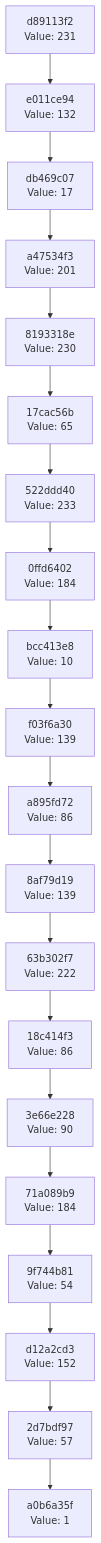
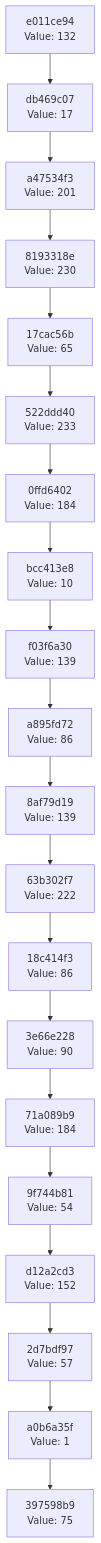
The diagram in docs/CHAIN_VISUALIZATION.md (Abhisheksinha1506/hash-chain-evolver), drawn with Mermaid before and after one commit. The commit also changed 1 other file, not shown here.

Commit message:
Evolution Step

````diff
--- a/docs/CHAIN_VISUALIZATION.md
+++ b/docs/CHAIN_VISUALIZATION.md
@@ -3,42 +3,42 @@
 ```mermaid
 graph TD
-    C0["a0b6a35f<br/>Value: 1"]
-    C1["2d7bdf97<br/>Value: 57"]
+    C0["397598b9<br/>Value: 75"]
+    C1["a0b6a35f<br/>Value: 1"]
     C1 --> C0
-    C2["d12a2cd3<br/>Value: 152"]
+    C2["2d7bdf97<br/>Value: 57"]
     C2 --> C1
-    C3["9f744b81<br/>Value: 54"]
+    C3["d12a2cd3<br/>Value: 152"]
     C3 --> C2
-    C4["71a089b9<br/>Value: 184"]
+    C4["9f744b81<br/>Value: 54"]
     C4 --> C3
-    C5["3e66e228<br/>Value: 90"]
+    C5["71a089b9<br/>Value: 184"]
     C5 --> C4
-    C6["18c414f3<br/>Value: 86"]
+    C6["3e66e228<br/>Value: 90"]
     C6 --> C5
-    C7["63b302f7<br/>Value: 222"]
+    C7["18c414f3<br/>Value: 86"]
     C7 --> C6
-    C8["8af79d19<br/>Value: 139"]
+    C8["63b302f7<br/>Value: 222"]
     C8 --> C7
-    C9["a895fd72<br/>Value: 86"]
+    C9["8af79d19<br/>Value: 139"]
     C9 --> C8
-    C10["f03f6a30<br/>Value: 139"]
+    C10["a895fd72<br/>Value: 86"]
     C10 --> C9
-    C11["bcc413e8<br/>Value: 10"]
+    C11["f03f6a30<br/>Value: 139"]
     C11 --> C10
-    C12["0ffd6402<br/>Value: 184"]
+    C12["bcc413e8<br/>Value: 10"]
     C12 --> C11
-    C13["522ddd40<br/>Value: 233"]
+    C13["0ffd6402<br/>Value: 184"]
     C13 --> C12
-    C14["17cac56b<br/>Value: 65"]
+    C14["522ddd40<br/>Value: 233"]
     C14 --> C13
-    C15["8193318e<br/>Value: 230"]
+    C15["17cac56b<br/>Value: 65"]
     C15 --> C14
-    C16["a47534f3<br/>Value: 201"]
+    C16["8193318e<br/>Value: 230"]
     C16 --> C15
-    C17["db469c07<br/>Value: 17"]
+    C17["a47534f3<br/>Value: 201"]
     C17 --> C16
-    C18["e011ce94<br/>Value: 132"]
+    C18["db469c07<br/>Value: 17"]
     C18 --> C17
-    C19["d89113f2<br/>Value: 231"]
+    C19["e011ce94<br/>Value: 132"]
     C19 --> C18
 ```
````
